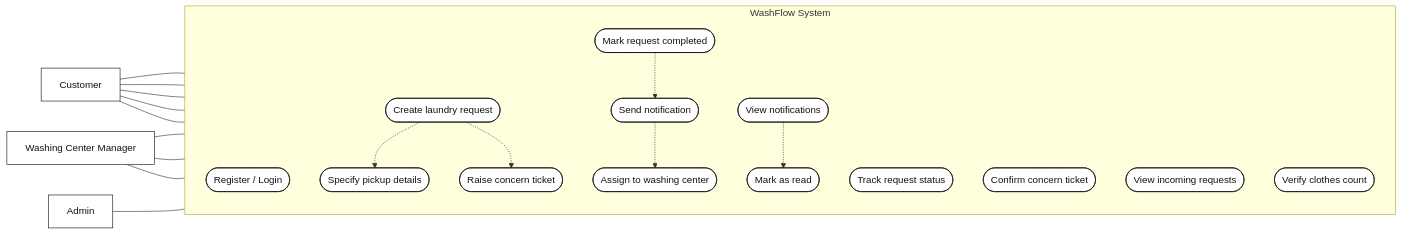
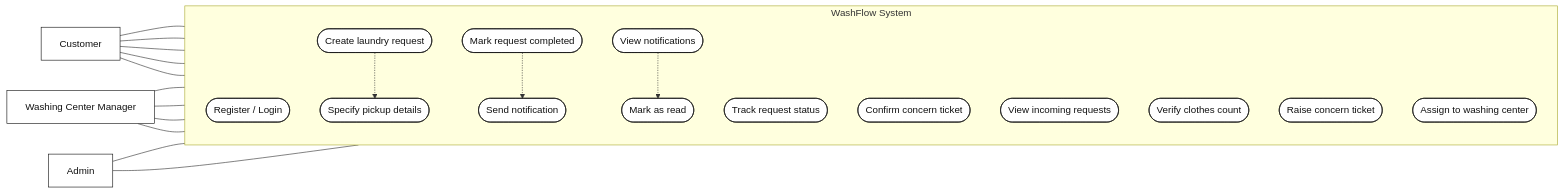
One commit to arhanalam789/WashFlow changed the diagram in diagrams/use-case-diagram.md. Above: the diagram before and after it, drawn with Mermaid. The commit also changed 31 other files, not shown here.

````diff
--- a/diagrams/use-case-diagram.md
+++ b/diagrams/use-case-diagram.md
@@ -5,44 +5,44 @@
 ```mermaid
 flowchart LR
     classDef actor fill:#ffffff,stroke:#111111,color:#111111;
     classDef usecase fill:#ffffff,stroke:#111111,color:#111111;
 
     customer[Customer]:::actor
     manager[Washing Center Manager]:::actor
     admin[Admin]:::actor
 
     subgraph system[WashFlow System]
         direction TB
         uc1([Register / Login]):::usecase
         uc2([Create laundry request]):::usecase
         uc3([Track request status]):::usecase
         uc4([View notifications]):::usecase
         uc5([Confirm concern ticket]):::usecase
         uc6([View incoming requests]):::usecase
         uc7([Verify clothes count]):::usecase
         uc8([Mark request completed]):::usecase
         uc9([Specify pickup details]):::usecase
         uc10([Raise concern ticket]):::usecase
         uc11([Mark as read]):::usecase
         uc12([Send notification]):::usecase
         uc13([Assign to washing center]):::usecase
     end
 
     customer --- uc1
     customer --- uc2
     customer --- uc3
     customer --- uc4
     customer --- uc5
 
     manager --- uc6
     manager --- uc7
     manager --- uc8
+    manager --- uc10
 
     admin --- uc12
+    admin --- uc13
 
     uc2 -.-> uc9
-    uc2 -.-> uc10
     uc8 -.-> uc12
-    uc12 -.-> uc13
     uc4 -.-> uc11
 ```
````
